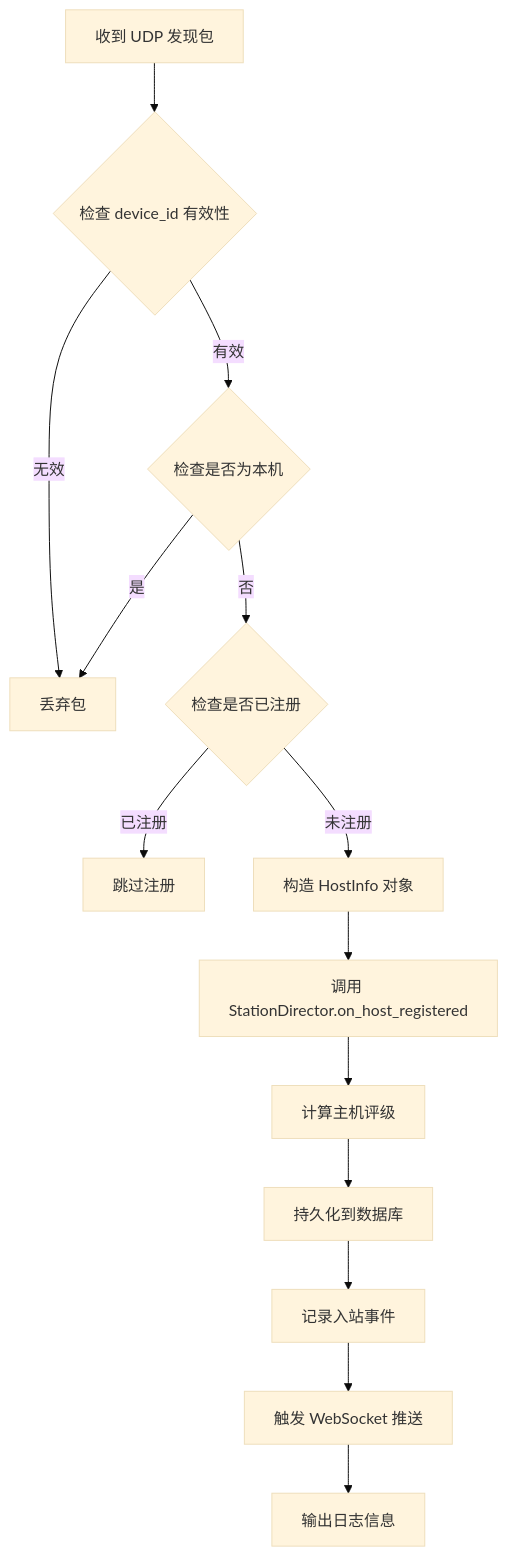
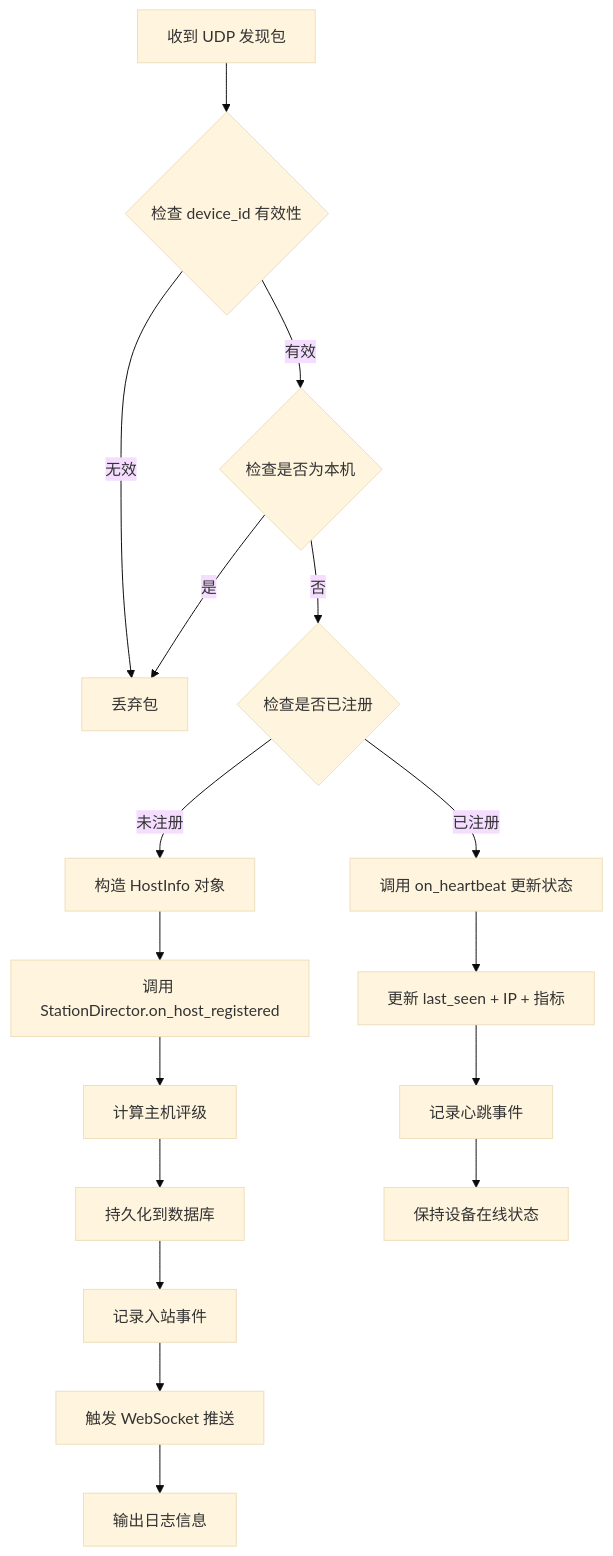
One commit to targalian/Personal-distributed-workstation changed the tenth of 18 diagrams in .qoder/repowiki/zh/content/核心模块/设备发现系统.md. Above: the diagram before and after it, drawn with Mermaid (base theme). The commit also changed other lines of this file and 69 other files, not shown here.

````diff
--- a/.qoder/repowiki/zh/content/核心模块/设备发现系统.md
+++ b/.qoder/repowiki/zh/content/核心模块/设备发现系统.md
@@ -565,16 +569,19 @@
 ```mermaid
 flowchart TD
 A[收到 UDP 发现包] --> B{检查 device_id 有效性}
 B --> |无效| C[丢弃包]
 B --> |有效| D{检查是否为本机}
 D --> |是| C
 D --> |否| E{检查是否已注册}
-E --> |已注册| F[跳过注册]
+E --> |已注册| F[调用 on_heartbeat 更新状态]
 E --> |未注册| G[构造 HostInfo 对象]
 G --> H[调用 StationDirector.on_host_registered]
 H --> I[计算主机评级]
 I --> J[持久化到数据库]
 J --> K[记录入站事件]
 K --> L[触发 WebSocket 推送]
 L --> M[输出日志信息]
+F --> N[更新 last_seen + IP + 指标]
+N --> O[记录心跳事件]
+O --> P[保持设备在线状态]
 ```
````
